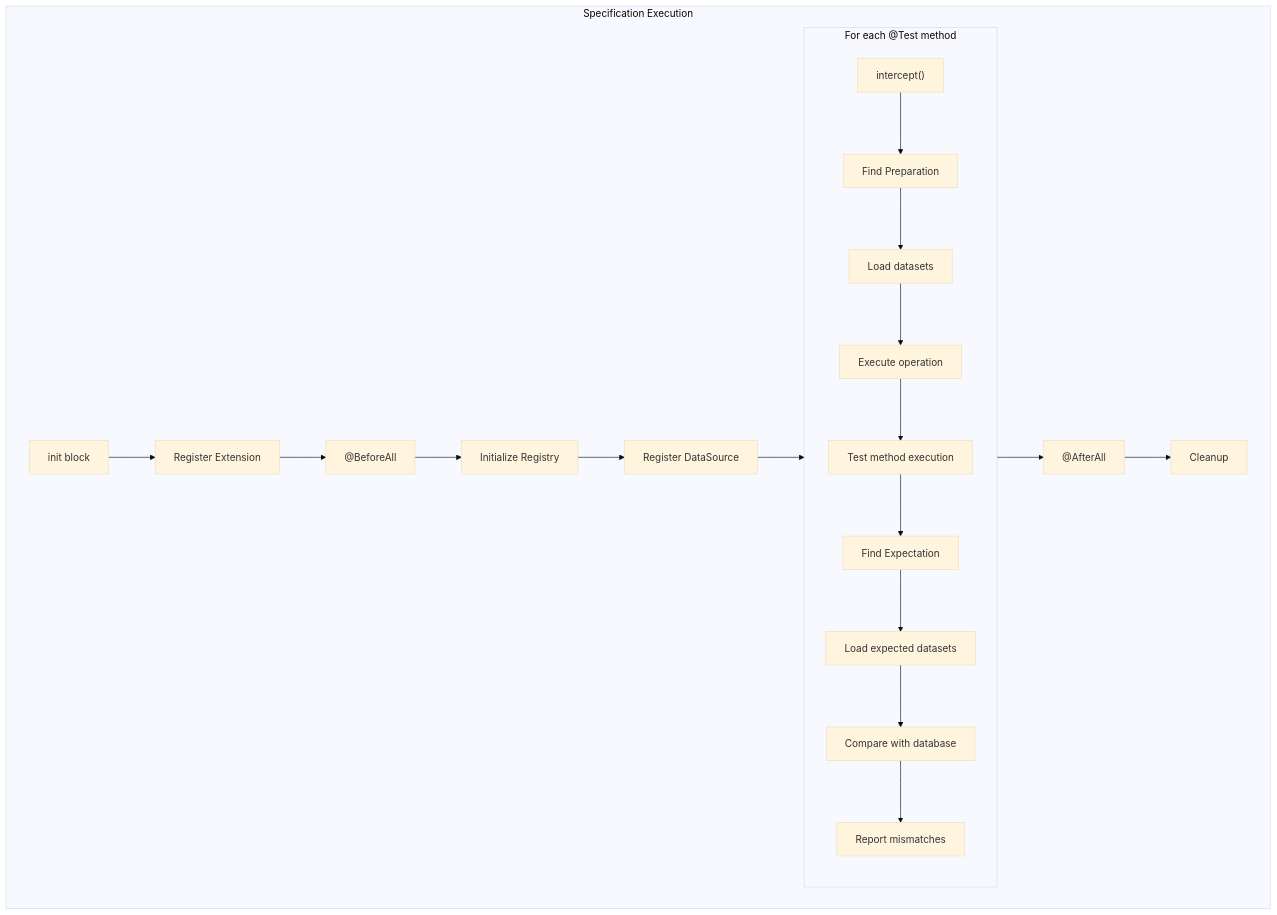
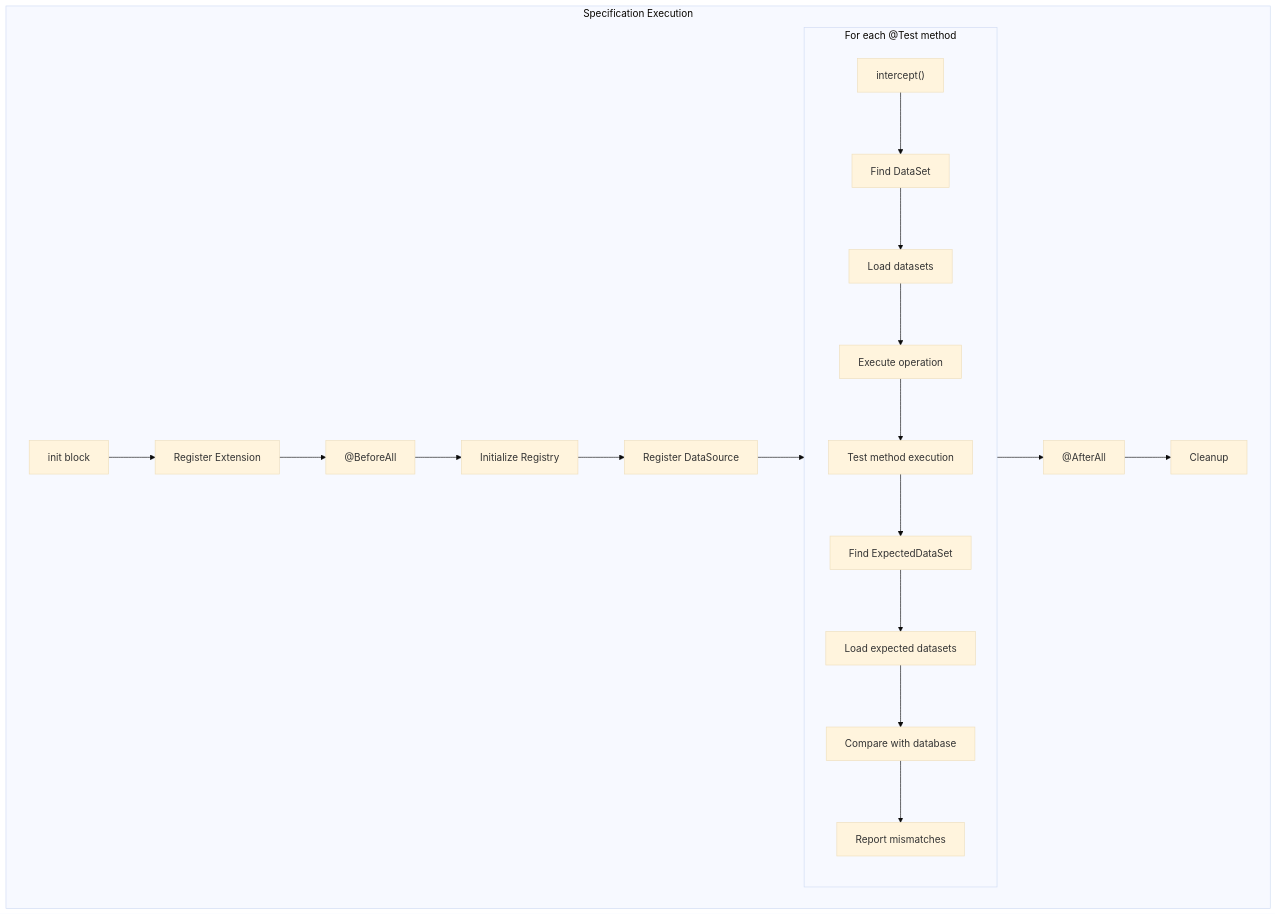
Before and after one commit to dkazi/db-tester: the third of 3 diagrams in docs/specs/07-test-frameworks.md, drawn with Mermaid (base theme). The commit also changed other lines of this file and 198 other files, not shown here.

````diff
--- a/docs/specs/07-test-frameworks.md
+++ b/docs/specs/07-test-frameworks.md
@@ -549,28 +549,28 @@
 ```mermaid
 flowchart TD
     subgraph Specification Execution
         INIT["init block"]
         INIT --> INIT1[Register Extension]
 
         BA["@BeforeAll"]
         BA --> BA1[Initialize Registry]
         BA1 --> BA2[Register DataSource]
 
         subgraph each["For each @Test method"]
             INT["intercept()"]
-            INT --> INT1["Find Preparation"]
+            INT --> INT1["Find DataSet"]
             INT1 --> INT2[Load datasets]
             INT2 --> INT3[Execute operation]
             INT3 --> TM[Test method execution]
-            TM --> INT4["Find Expectation"]
+            TM --> INT4["Find ExpectedDataSet"]
             INT4 --> INT5[Load expected datasets]
             INT5 --> INT6[Compare with database]
             INT6 --> INT7[Report mismatches]
         end
 
         INIT1 --> BA
         BA2 --> each
         each --> AA["@AfterAll"]
         AA --> AA1[Cleanup]
     end
 ```
````
